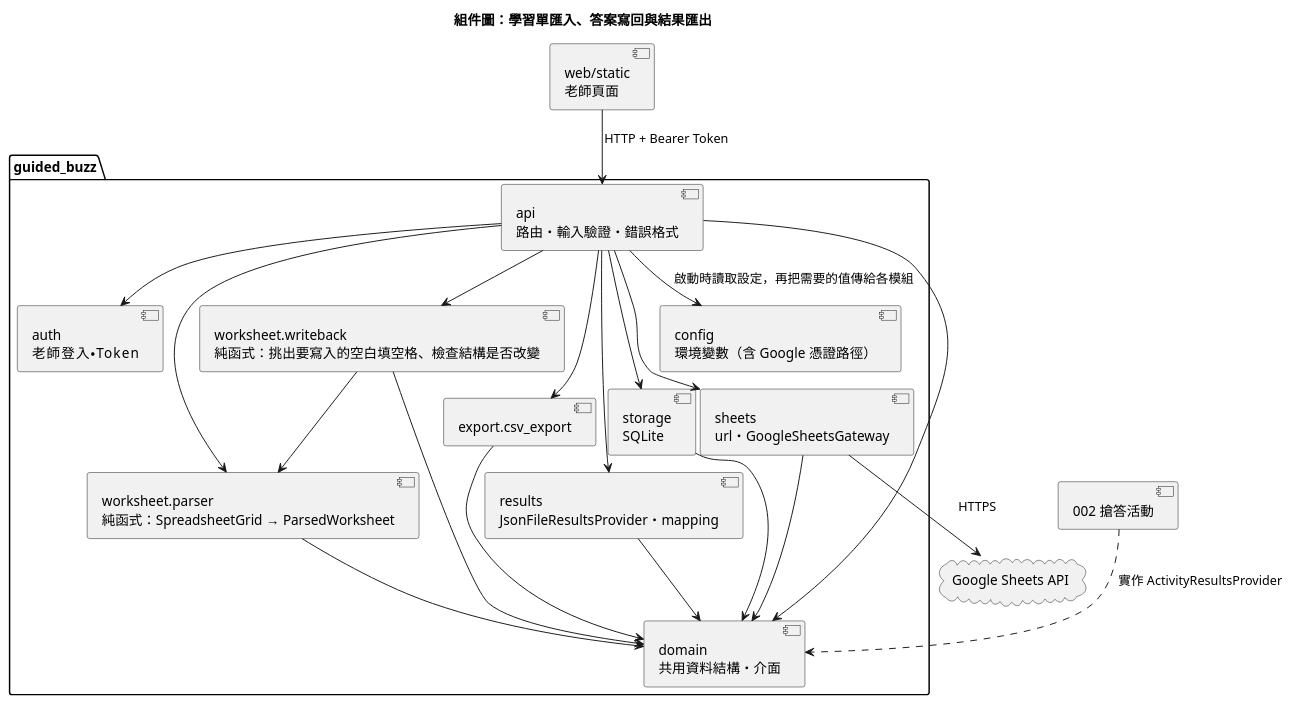
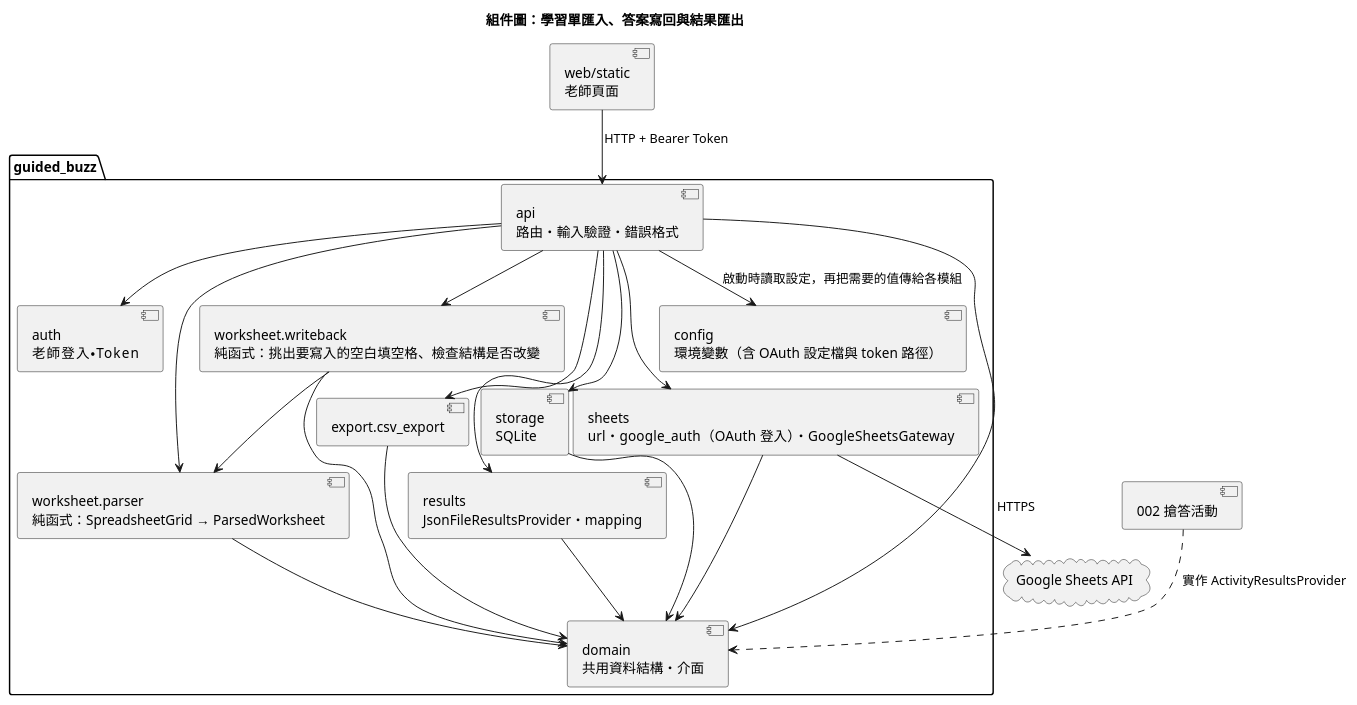
Before and after one commit to silverwind63/SEFinal: the diagram in diagrams/001-guided-notes-import/06-component.puml, drawn with PlantUML. The commit also changed 38 other files, not shown here.

First line of the commit message:
feat(001): switch Google Sheets access from service account to OAuth

```diff
--- a/diagrams/001-guided-notes-import/06-component.puml
+++ b/diagrams/001-guided-notes-import/06-component.puml
@@ -1,38 +1,38 @@
 @startuml
 !pragma layout smetana
 title 組件圖：學習單匯入、答案寫回與結果匯出
 component "web/static\n老師頁面" as web
 cloud "Google Sheets API" as gapi
 package "guided_buzz" {
   component "api\n路由・輸入驗證・錯誤格式" as api
   component "auth\n老師登入・Token" as auth
   component "worksheet.parser\n純函式：SpreadsheetGrid → ParsedWorksheet" as parser
   component "worksheet.writeback\n純函式：挑出要寫入的空白填空格、檢查結構是否改變" as writeback
-  component "sheets\nurl・GoogleSheetsGateway" as sheets
+  component "sheets\nurl・google_auth（OAuth 登入）・GoogleSheetsGateway" as sheets
   component "export.csv_export" as export
   component "results\nJsonFileResultsProvider・mapping" as results
   component "storage\nSQLite" as storage
-  component "config\n環境變數（含 Google 憑證路徑）" as config
+  component "config\n環境變數（含 OAuth 設定檔與 token 路徑）" as config
   component "domain\n共用資料結構・介面" as domain
 }
 component "002 搶答活動" as buzz
 web --> api : HTTP + Bearer Token
 api --> auth
 api --> parser
 api --> writeback
 api --> sheets
 api --> export
 api --> results
 api --> storage
 sheets --> gapi : HTTPS
 parser --> domain
 writeback --> domain
 writeback --> parser
 sheets --> domain
 export --> domain
 results --> domain
 storage --> domain
 api --> domain
 api --> config : 啟動時讀取設定，再把需要的值傳給各模組
 buzz ..> domain : 實作 ActivityResultsProvider
 @enduml
```
